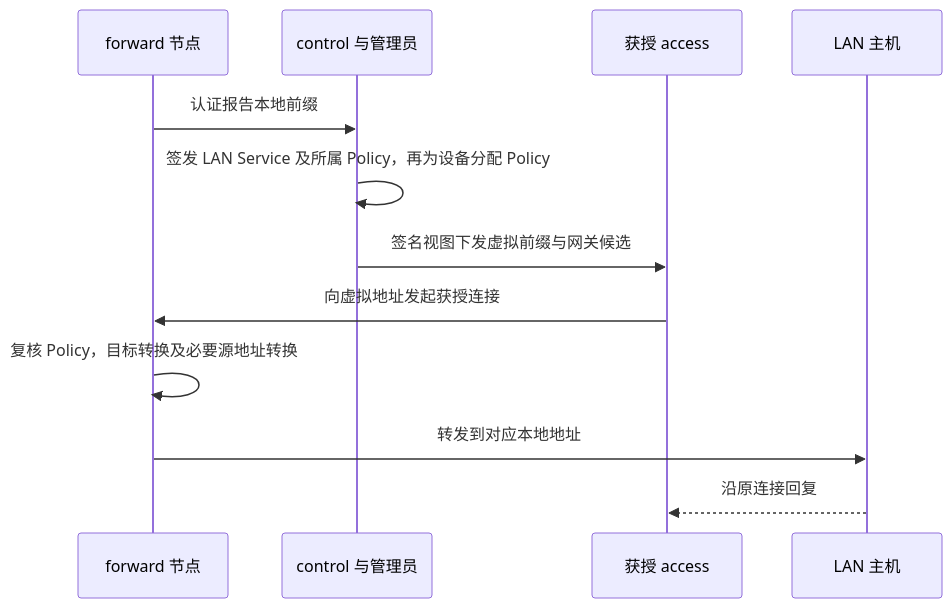
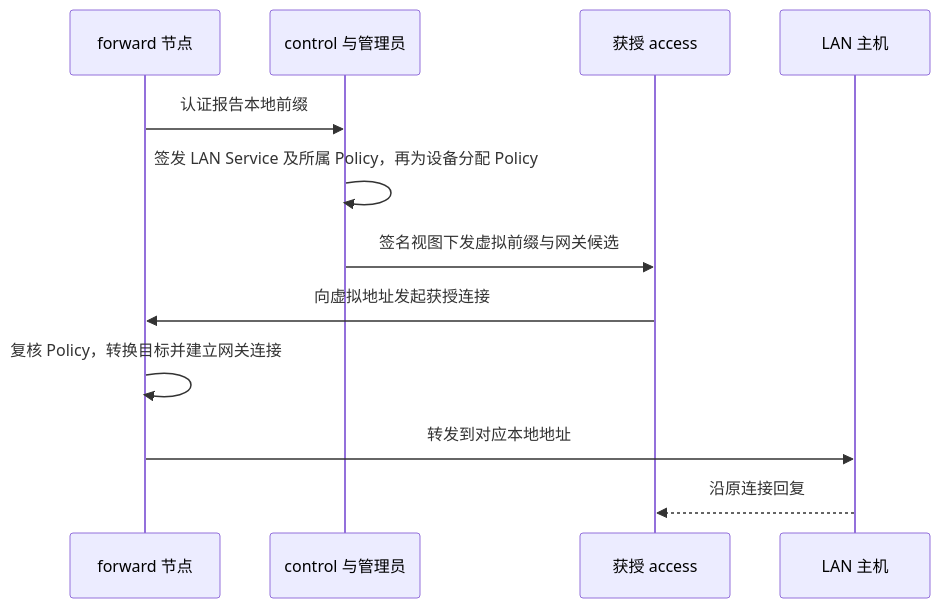
One commit to Scisaga/loom changed the seventh of 7 diagrams in docs/core/control-model.md. Above: the diagram before and after it, drawn with Mermaid. The commit also changed other lines of this file and 68 other files, not shown here.

````diff
--- a/docs/core/control-model.md
+++ b/docs/core/control-model.md
@@ -764,14 +819,14 @@
 ```mermaid
 sequenceDiagram
     participant F as forward 节点
     participant C as control 与管理员
     participant A as 获授 access
     participant L as LAN 主机
     F->>C: 认证报告本地前缀
     C->>C: 签发 LAN Service 及所属 Policy，再为设备分配 Policy
     C->>A: 签名视图下发虚拟前缀与网关候选
     A->>F: 向虚拟地址发起获授连接
-    F->>F: 复核 Policy，目标转换及必要源地址转换
+    F->>F: 复核 Policy，转换目标并建立网关连接
     F->>L: 转发到对应本地地址
     L-->>A: 沿原连接回复
 ```
````
